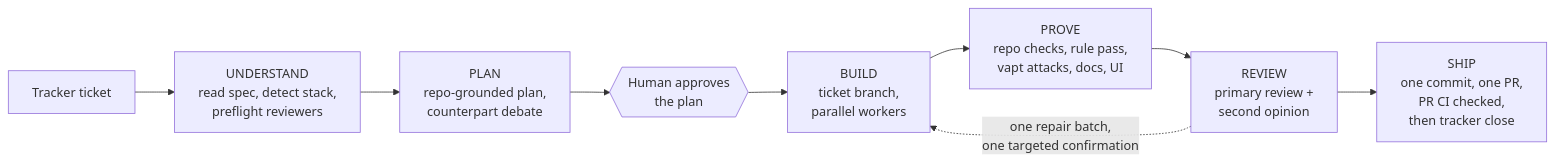
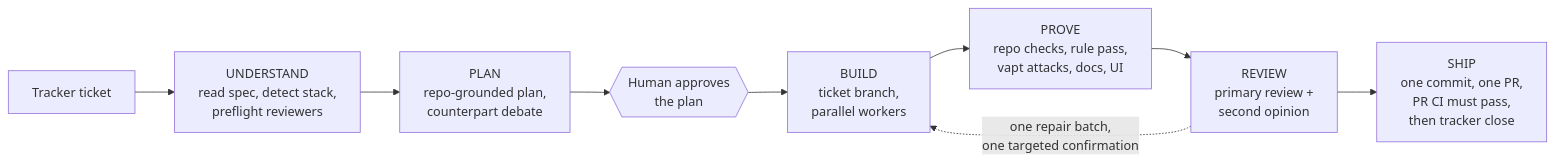
Before and after one commit to AhmedAbdelfattah0/AI-Skills: the first of 2 diagrams in README.md, drawn with Mermaid. The commit also changed other lines of this file and 9 other files, not shown here.

Commit message:
docs: PR #143 round 1 repair (security contact, review tier claim, concurrency wording, pins, diagram order)

````diff
--- a/README.md
+++ b/README.md
@@ -99,11 +99,11 @@
 ```mermaid
 flowchart LR
   T["Tracker ticket"] --> U["UNDERSTAND<br/>read spec, detect stack,<br/>preflight reviewers"]
   U --> P["PLAN<br/>repo-grounded plan,<br/>counterpart debate"]
   P --> H{{"Human approves<br/>the plan"}}
   H --> B["BUILD<br/>ticket branch,<br/>parallel workers"]
   B --> V["PROVE<br/>repo checks, rule pass,<br/>vapt attacks, docs, UI"]
   V --> R["REVIEW<br/>primary review +<br/>second opinion"]
-  R --> S["SHIP<br/>one commit, one PR,<br/>PR CI checked,<br/>then tracker close"]
+  R --> S["SHIP<br/>one commit, one PR,<br/>PR CI must pass,<br/>then tracker close"]
   R -. "one repair batch,<br/>one targeted confirmation" .-> B
 ```
````
